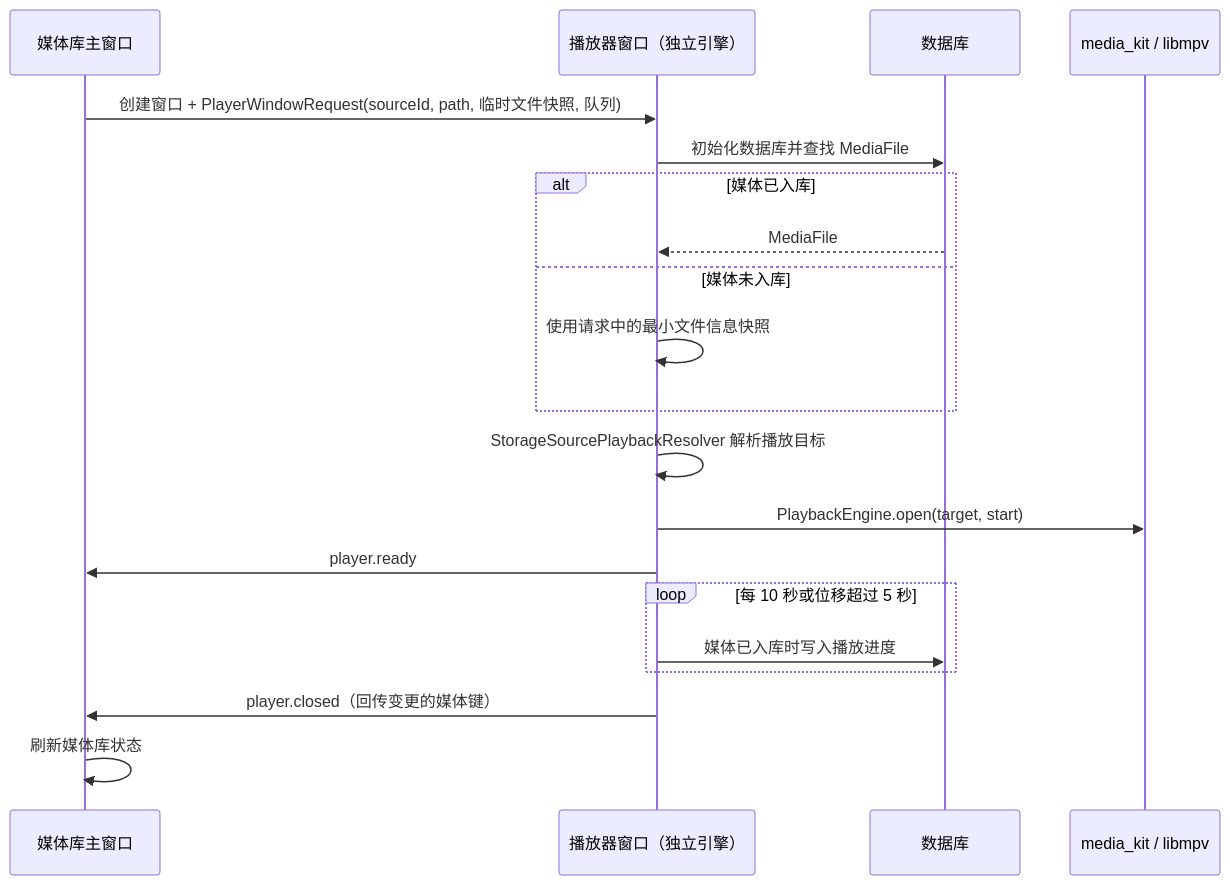
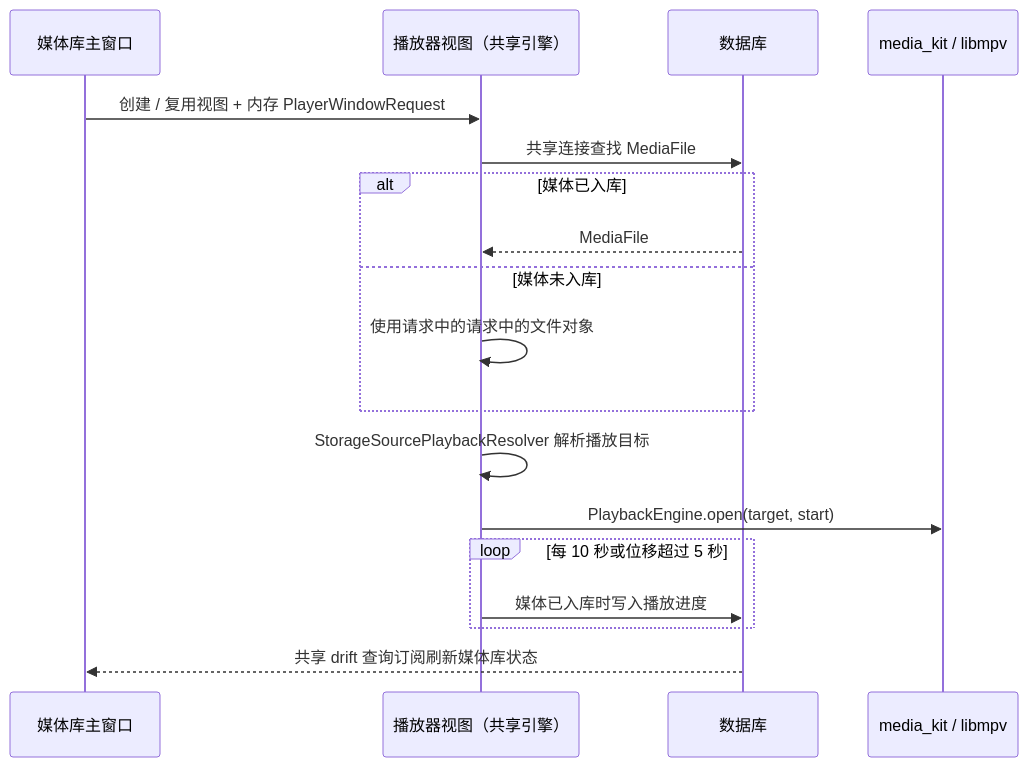
One commit to sen-to/mochi_player changed the diagram in docs/architecture/playback.md. Above: the diagram before and after it, drawn with Mermaid. The commit also changed other lines of this file and 70 other files, not shown here.

````diff
--- a/docs/architecture/playback.md
+++ b/docs/architecture/playback.md
@@ -5,22 +5,20 @@
 ```mermaid
 sequenceDiagram
   participant UI as 媒体库主窗口
-  participant MW as 播放器窗口（独立引擎）
+  participant MW as 播放器视图（共享引擎）
   participant DB as 数据库
   participant MPV as media_kit / libmpv
-  UI->>MW: 创建窗口 + PlayerWindowRequest(sourceId, path, 临时文件快照, 队列)
-  MW->>DB: 初始化数据库并查找 MediaFile
+  UI->>MW: 创建 / 复用视图 + 内存 PlayerWindowRequest
+  MW->>DB: 共享连接查找 MediaFile
   alt 媒体已入库
     DB-->>MW: MediaFile
   else 媒体未入库
-    MW->>MW: 使用请求中的最小文件信息快照
+    MW->>MW: 使用请求中的请求中的文件对象
   end
   MW->>MW: StorageSourcePlaybackResolver 解析播放目标
   MW->>MPV: PlaybackEngine.open(target, start)
-  MW->>UI: player.ready
   loop 每 10 秒或位移超过 5 秒
     MW->>DB: 媒体已入库时写入播放进度
   end
-  MW->>UI: player.closed（回传变更的媒体键）
-  UI->>UI: 刷新媒体库状态
+  DB-->>UI: 共享 drift 查询订阅刷新媒体库状态
 ```
````
